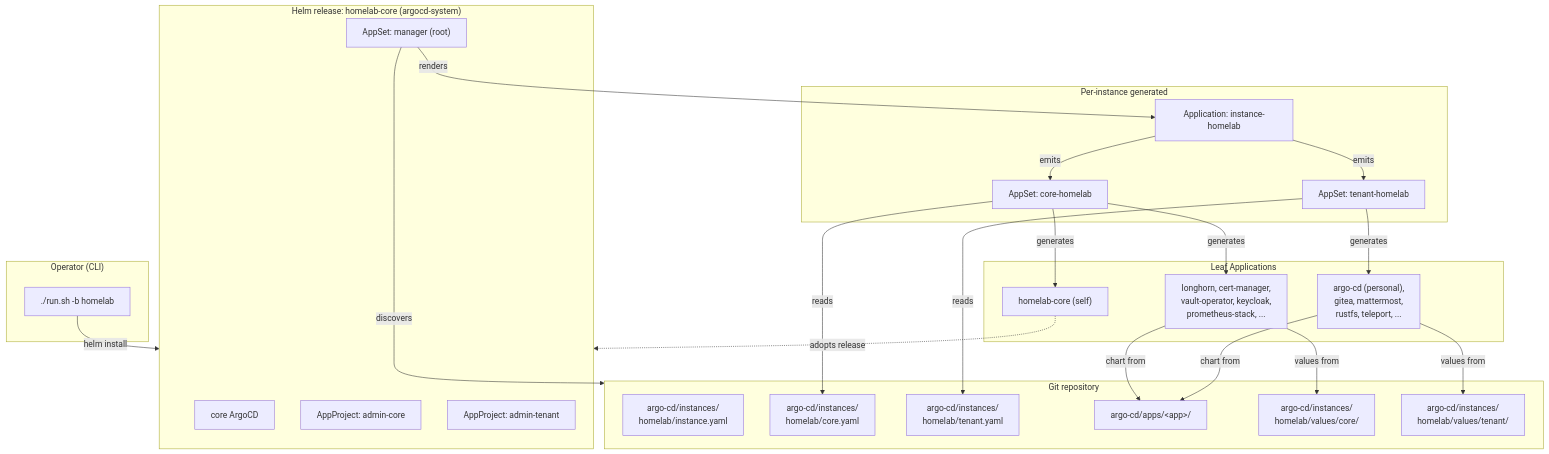
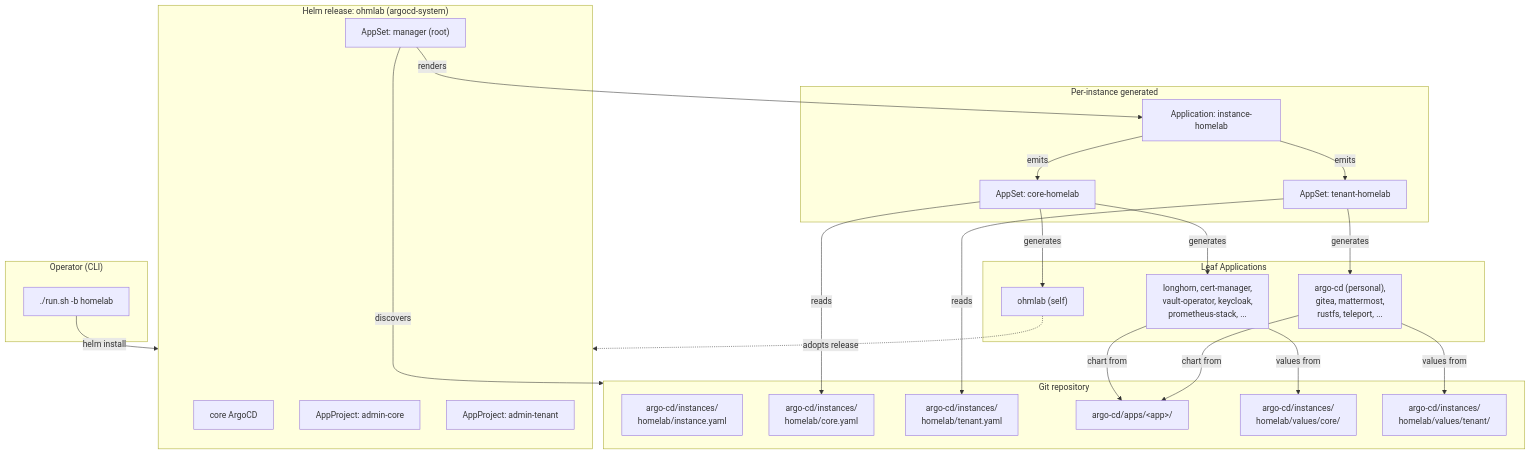
The second of 3 diagrams in docs/03-installation.md (this-is-tobi/homelab), drawn with Mermaid before and after one commit. The commit also changed other lines of this file and 14 other files, not shown here.

First line of the commit message:
chore: finish homelab-core→ohmlab rename and remove dead code

````diff
--- a/docs/03-installation.md
+++ b/docs/03-installation.md
@@ -286,50 +286,50 @@
 ```mermaid
 flowchart TB
     subgraph cli["Operator (CLI)"]
         runsh["./run.sh -b homelab"]
     end
 
-    subgraph bootstrap["Helm release: homelab-core (argocd-system)"]
+    subgraph bootstrap["Helm release: ohmlab (argocd-system)"]
         coreArgo["core ArgoCD"]
         projC["AppProject: admin-core"]
         projT["AppProject: admin-tenant"]
         rootAS["AppSet: manager (root)"]
     end
 
     subgraph generated["Per-instance generated"]
         instApp["Application: instance-homelab"]
         coreAS["AppSet: core-homelab"]
         tenantAS["AppSet: tenant-homelab"]
     end
 
     subgraph apps["Leaf Applications"]
-        selfApp["homelab-core (self)"]
+        selfApp["ohmlab (self)"]
         coreApps["longhorn, cert-manager,<br/>vault-operator, keycloak,<br/>prometheus-stack, ..."]
         tenantApps["argo-cd (personal),<br/>gitea, mattermost,<br/>rustfs, teleport, ..."]
     end
 
     subgraph git["Git repository"]
         instYaml["argo-cd/instances/<br/>homelab/instance.yaml"]
         coreJson["argo-cd/instances/<br/>homelab/core.yaml"]
         tenantJson["argo-cd/instances/<br/>homelab/tenant.yaml"]
         appCharts["argo-cd/apps/&lt;app&gt;/"]
         coreVals["argo-cd/instances/<br/>homelab/values/core/"]
         tenantVals["argo-cd/instances/<br/>homelab/values/tenant/"]
     end
 
     runsh -->|helm install| bootstrap
     rootAS -->|discovers| git
     rootAS -->|renders| instApp
     instApp -->|emits| coreAS
     instApp -->|emits| tenantAS
     coreAS -->|reads| coreJson
     tenantAS -->|reads| tenantJson
     coreAS -->|generates| selfApp
     coreAS -->|generates| coreApps
     tenantAS -->|generates| tenantApps
     selfApp -.->|adopts release| bootstrap
     coreApps -->|chart from| appCharts
     coreApps -->|values from| coreVals
     tenantApps -->|chart from| appCharts
     tenantApps -->|values from| tenantVals
 ```
````
